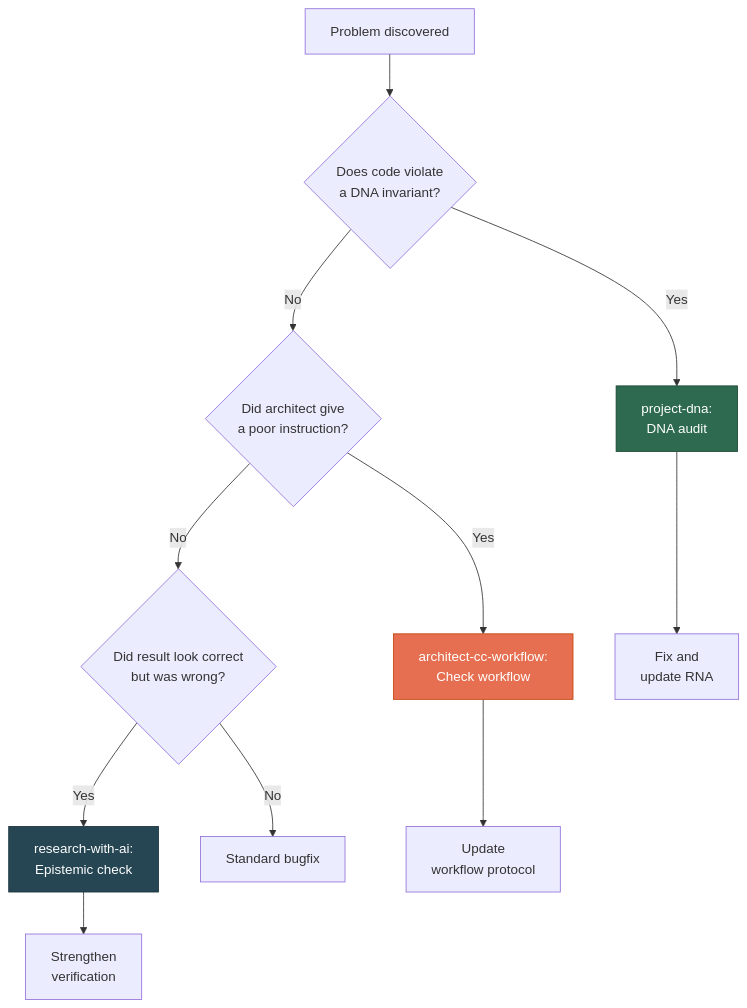
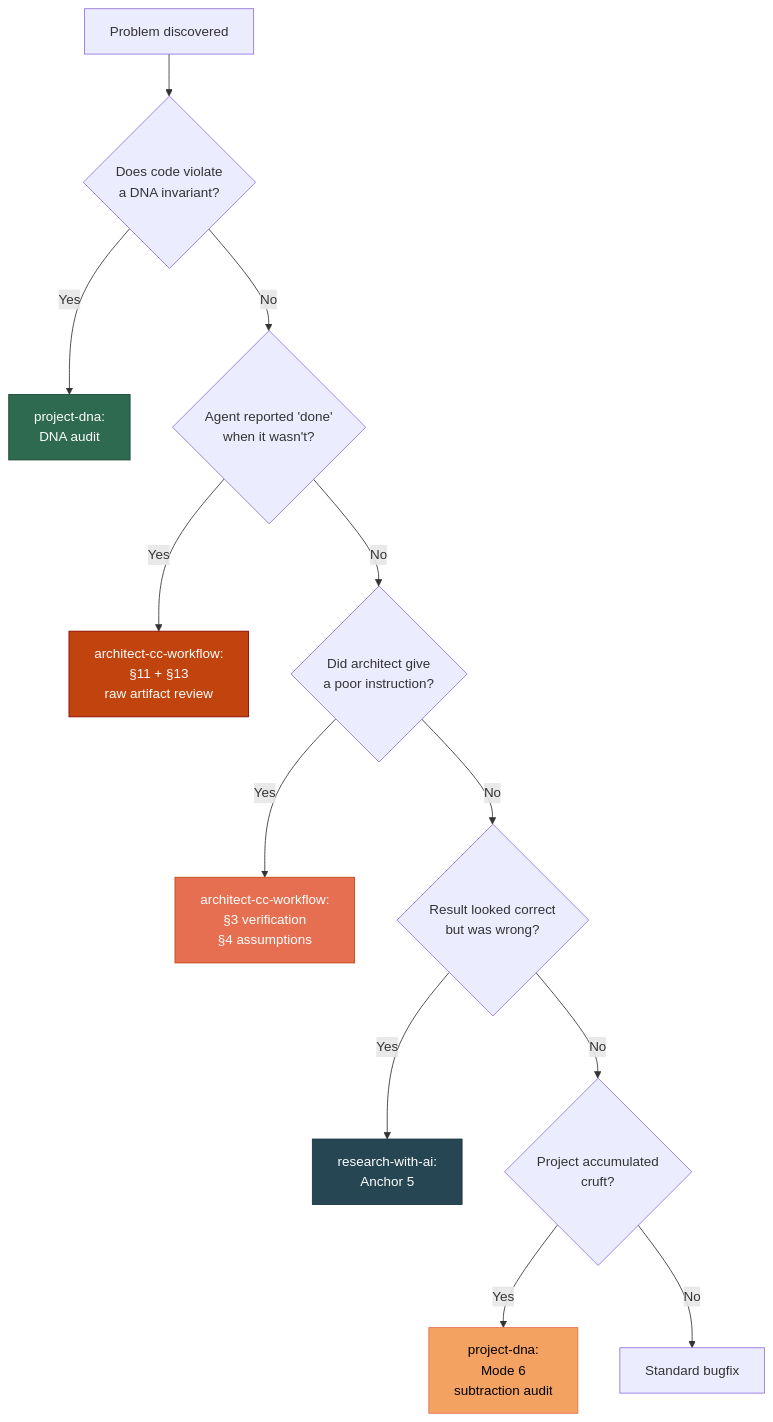
The fifth of 5 diagrams in docs/ecosystem-en.md (SizovOleg/project-dna), drawn with Mermaid before and after one commit. The commit also changed other lines of this file and 9 other files, not shown here.

````diff
--- a/docs/ecosystem-en.md
+++ b/docs/ecosystem-en.md
@@ -130,22 +242,26 @@
 ```mermaid
 flowchart TD
     BUG["Problem discovered"]
-    
+
     BUG --> Q1{"Does code violate<br/>a DNA invariant?"}
     Q1 -->|Yes| DNA_AUDIT["project-dna:<br/>DNA audit"]
-    Q1 -->|No| Q2{"Did architect give<br/>a poor instruction?"}
-    
-    Q2 -->|Yes| ARCH_FIX["architect-cc-workflow:<br/>Check workflow"]
-    Q2 -->|No| Q3{"Did result look correct<br/>but was wrong?"}
-    
-    Q3 -->|Yes| RES_CHECK["research-with-ai:<br/>Epistemic check"]
-    Q3 -->|No| REGULAR["Standard bugfix"]
+    Q1 -->|No| Q2{"Agent reported 'done'<br/>when it wasn't?"}
 
-    DNA_AUDIT --> FIX["Fix and<br/>update RNA"]
-    ARCH_FIX --> FIX2["Update<br/>workflow protocol"]
-    RES_CHECK --> FIX3["Strengthen<br/>verification"]
+    Q2 -->|Yes| SELF["architect-cc-workflow:<br/>§11 + §13<br/>raw artifact review"]
+    Q2 -->|No| Q3{"Did architect give<br/>a poor instruction?"}
+
+    Q3 -->|Yes| ARCH_FIX["architect-cc-workflow:<br/>§3 verification<br/>§4 assumptions"]
+    Q3 -->|No| Q4{"Result looked correct<br/>but was wrong?"}
+
+    Q4 -->|Yes| RES_CHECK["research-with-ai:<br/>Anchor 5"]
+    Q4 -->|No| Q5{"Project accumulated<br/>cruft?"}
+
+    Q5 -->|Yes| SUB["project-dna:<br/>Mode 6<br/>subtraction audit"]
+    Q5 -->|No| REGULAR["Standard bugfix"]
 
     style DNA_AUDIT fill:#2d6a4f,stroke:#1b4332,color:#fff
+    style SELF fill:#c1440e,stroke:#8b0000,color:#fff
     style ARCH_FIX fill:#e76f51,stroke:#c1440e,color:#fff
     style RES_CHECK fill:#264653,stroke:#1a323d,color:#fff
+    style SUB fill:#f4a261,stroke:#e76f51,color:#000
 ```
````
